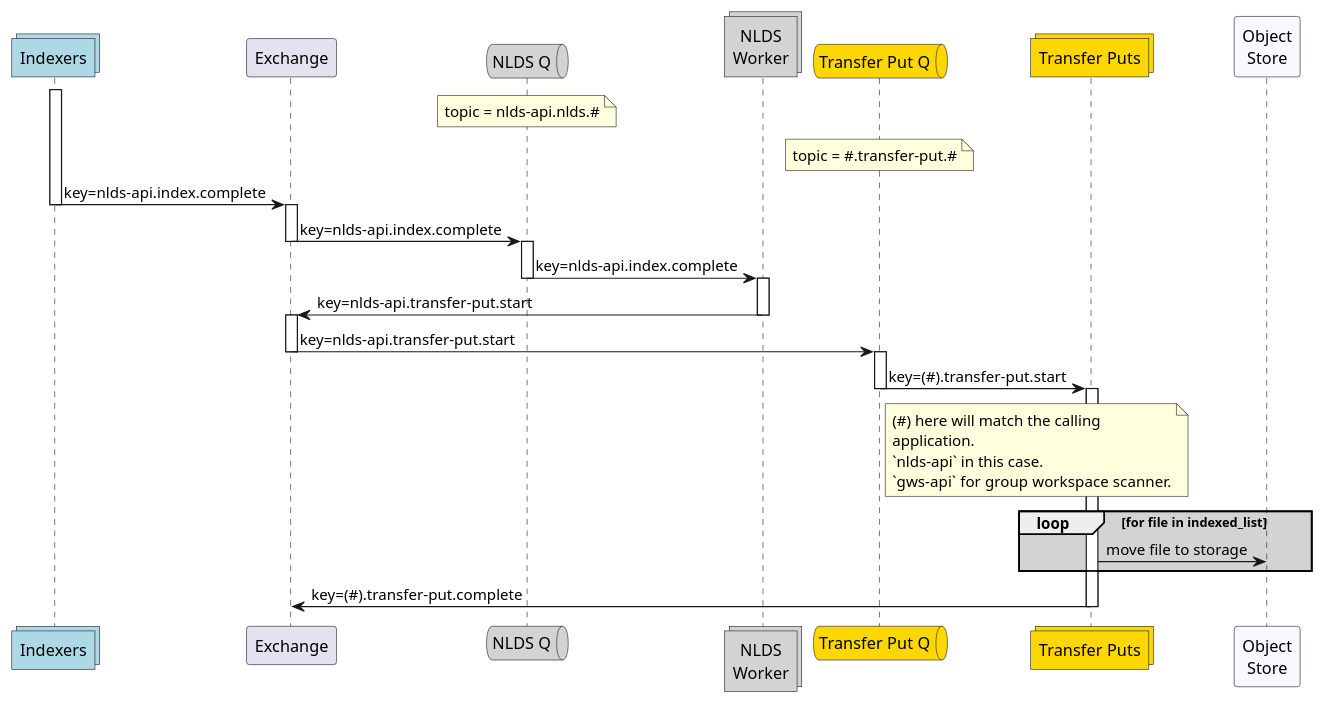
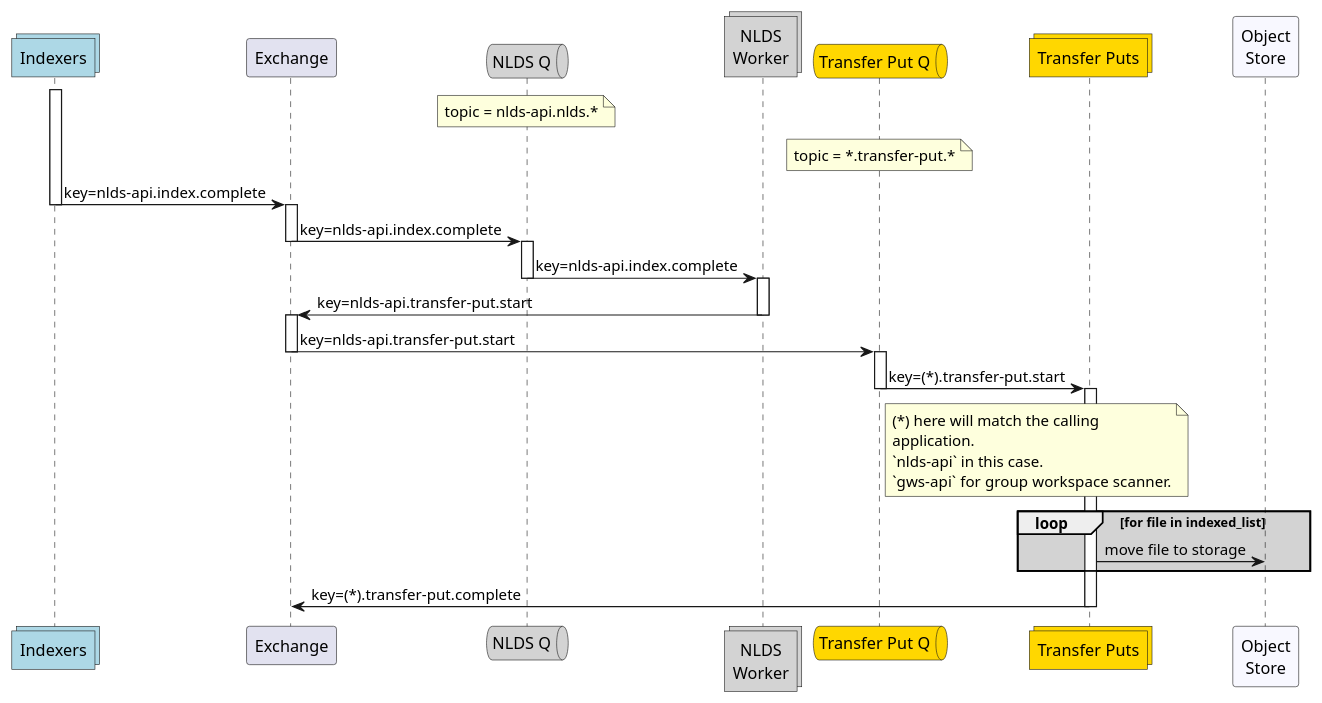
The diagram in docs/spec/uml/message_flow_put2.puml (cedadev/nlds), drawn with PlantUML before and after one commit. The commit also changed 13 other files, not shown here.

```diff
--- a/docs/spec/uml/message_flow_put2.puml
+++ b/docs/spec/uml/message_flow_put2.puml
@@ -1,60 +1,60 @@
 @startuml message_flow_put2
 
 collections index as "Indexers" #lightblue
 
 participant wex as "Exchange"
 
 queue qw as "NLDS Q" #lightgrey
 note over qw
-    topic = nlds-api.nlds.#
+    topic = nlds-api.nlds.*
 end note
 collections work as "NLDS\nWorker" #lightgrey
 /'
 database iddb as "Transaction DB" #lightgrey
 '/
 queue qt as "Transfer Put Q" #gold
 note over qt
-    topic = #.transfer-put.#
+    topic = *.transfer-put.*
 end note
 collections transfer_puts as "Transfer Puts" #gold
 
 participant obj as "Object\nStore" #GhostWhite
 
 activate index
 index -> wex : key=nlds-api.index.complete
 deactivate index
 activate wex
 wex -> qw : key=nlds-api.index.complete
 deactivate wex
 activate qw
 qw -> work : key=nlds-api.index.complete
 deactivate qw
 activate work
 /'
 work -> iddb : SELECT target,user,group WHERE id
 activate iddb
 iddb -> work : (target,user,group,id)
 deactivate iddb
 '/
 work -> wex  : key=nlds-api.transfer-put.start
 deactivate work
 activate wex
 wex -> qt : key=nlds-api.transfer-put.start
 deactivate wex
 activate qt
-qt -> transfer_puts : key=(#).transfer-put.start
+qt -> transfer_puts : key=(*).transfer-put.start
 deactivate qt
 note right of qt
-    (#) here will match the calling
+    (*) here will match the calling
     application.
     `nlds-api` in this case.
     `gws-api` for group workspace scanner.
 end note
 
 activate transfer_puts
 loop #lightgrey for file in indexed_list 
     transfer_puts -> obj : move file to storage
 end
-transfer_puts -> wex : key=(#).transfer-put.complete
+transfer_puts -> wex : key=(*).transfer-put.complete
 deactivate transfer_puts
 @enduml
```
